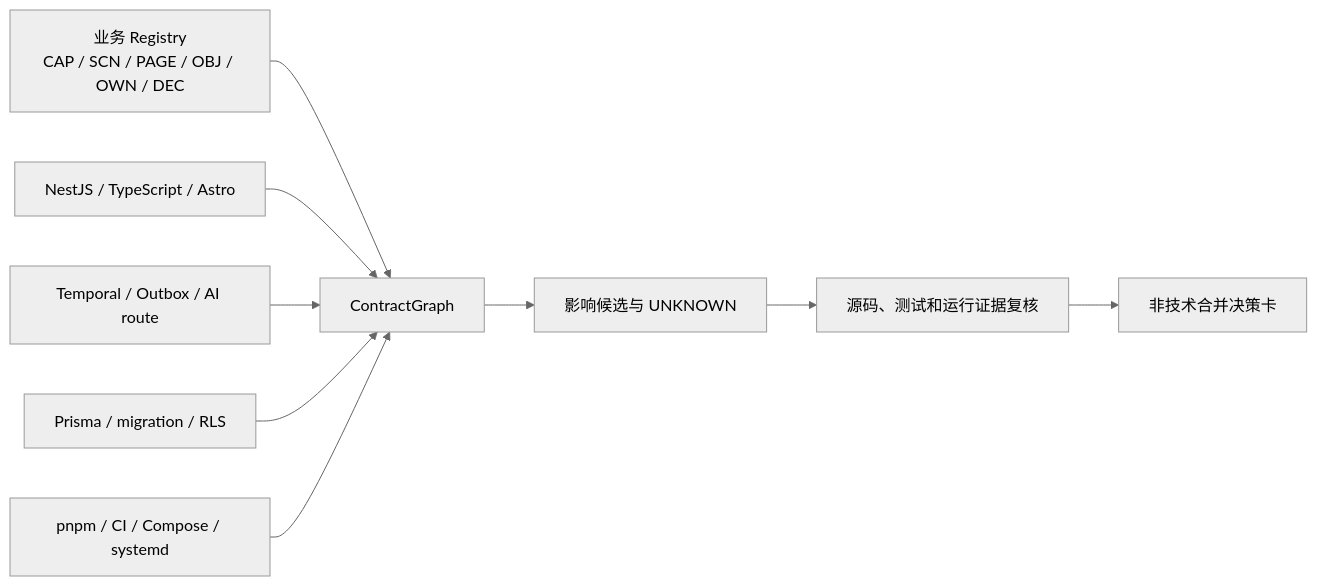
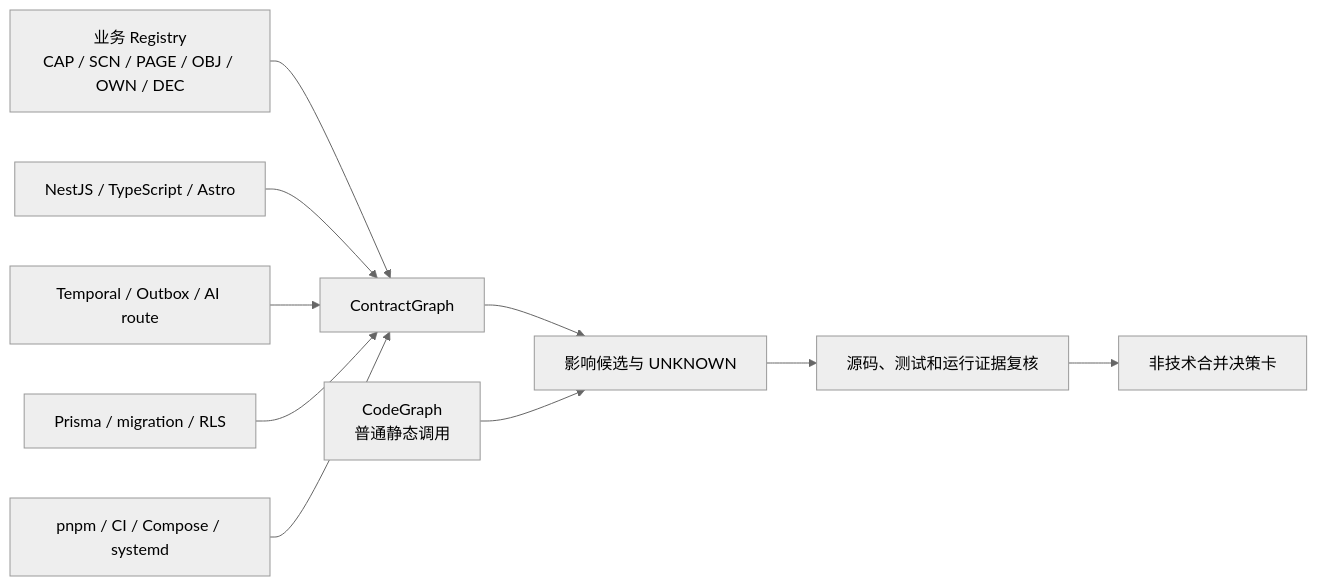
The diagram in docs/ai-development/code-intelligence.md (mlhjyx/global-backend), drawn with Mermaid (neutral theme) before and after one commit. The commit also changed other lines of this file and 19 other files, not shown here.

````diff
--- a/docs/ai-development/code-intelligence.md
+++ b/docs/ai-development/code-intelligence.md
@@ -14,11 +14,12 @@
 ```mermaid
 flowchart LR
     A["业务 Registry<br/>CAP / SCN / PAGE / OBJ / OWN / DEC"] --> G["ContractGraph"]
     B["NestJS / TypeScript / Astro"] --> G
     C["Temporal / Outbox / AI route"] --> G
     D["Prisma / migration / RLS"] --> G
     E["pnpm / CI / Compose / systemd"] --> G
     G --> H["影响候选与 UNKNOWN"]
+    K["CodeGraph<br/>普通静态调用"] --> H
     H --> I["源码、测试和运行证据复核"]
     I --> J["非技术合并决策卡"]
 ```
````
